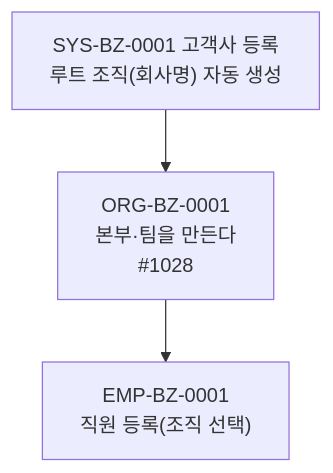
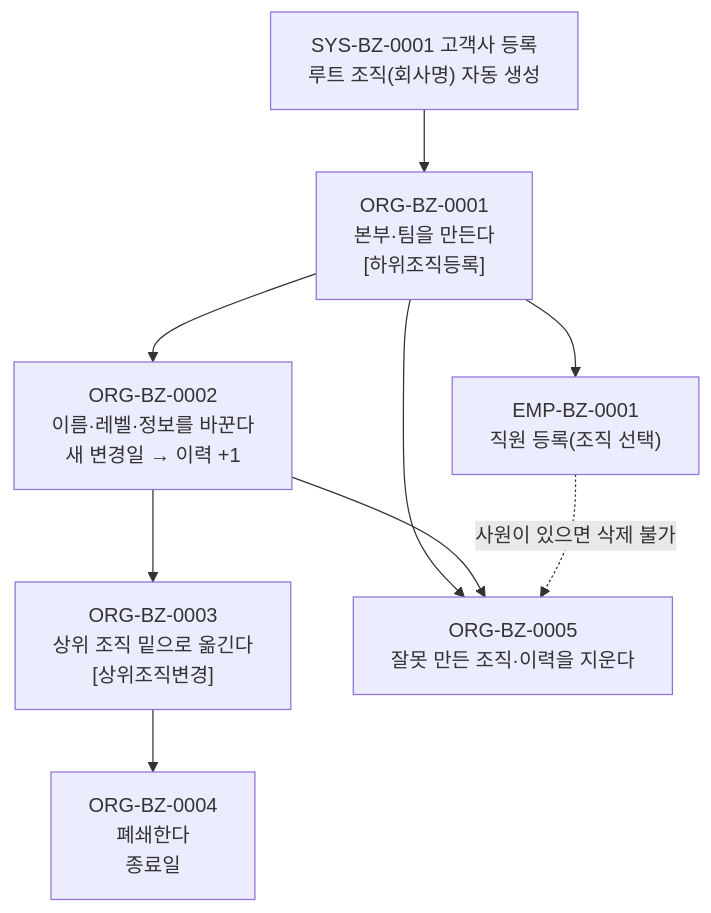
One commit to KimDoYoung/framework-sprt changed the diagram in AssetERP/docs/2-업무분석/biz-event/ORG/ORG-업무흐름.md. Above: the diagram before and after it, drawn with Mermaid. The commit also changed other lines of this file and 18 other files, not shown here.

First line of the commit message:
업무분석: ORG-BZ-0002~0005, EMP-BZ-0002~0011 실행·상세, EMP 1차 목록 0012~0024

````diff
--- a/AssetERP/docs/2-업무분석/biz-event/ORG/ORG-업무흐름.md
+++ b/AssetERP/docs/2-업무분석/biz-event/ORG/ORG-업무흐름.md
@@ -5,7 +7,15 @@
 ```mermaid
 flowchart TD
     SYS1["SYS-BZ-0001 고객사 등록<br/>루트 조직(회사명) 자동 생성"]
-    O1["ORG-BZ-0001<br/>본부·팀을 만든다<br/>#1028"]
+    O1["ORG-BZ-0001<br/>본부·팀을 만든다<br/>[하위조직등록]"]
+    O2["ORG-BZ-0002<br/>이름·레벨·정보를 바꾼다<br/>새 변경일 → 이력 +1"]
+    O3["ORG-BZ-0003<br/>상위 조직 밑으로 옮긴다<br/>[상위조직변경]"]
+    O4["ORG-BZ-0004<br/>폐쇄한다<br/>종료일"]
+    O5["ORG-BZ-0005<br/>잘못 만든 조직·이력을 지운다"]
     EMP["EMP-BZ-0001<br/>직원 등록(조직 선택)"]
     SYS1 --> O1 --> EMP
+    O1 --> O2 --> O3 --> O4
+    O1 --> O5
+    O2 --> O5
+    EMP -. "사원이 있으면 삭제 불가" .-> O5
 ```
````
